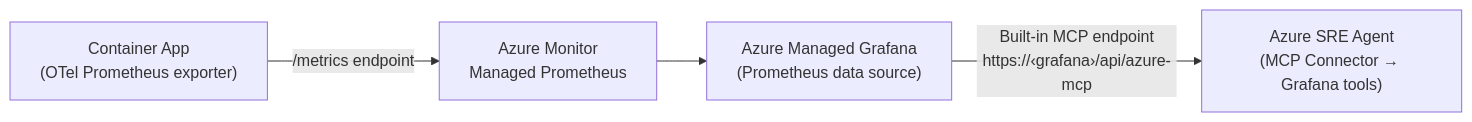
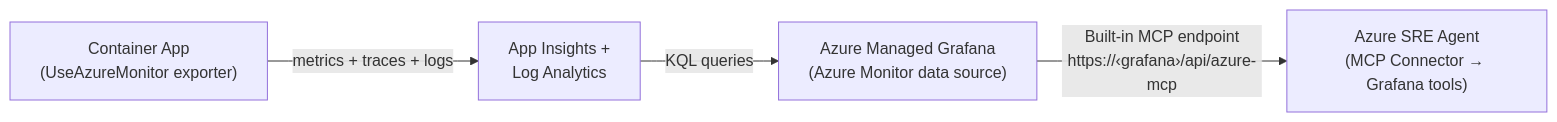
Before and after one commit to AlahmadiQ8/sre-agent-demo: the fourth of 4 diagrams in specs/01-spec.md, drawn with Mermaid. The commit also changed other lines of this file and 1 other file, not shown here.

First line of the commit message:
Update spec to reflect architectural changes from Task 15

````diff
--- a/specs/01-spec.md
+++ b/specs/01-spec.md
@@ -362,6 +362,6 @@
 ```mermaid
 graph LR
-    App["Container App<br/>(OTel Prometheus exporter)"] -->|"/metrics endpoint"| Prom["Azure Monitor<br/>Managed Prometheus"]
-    Prom --> Grafana["Azure Managed Grafana<br/>(Prometheus data source)"]
+    App["Container App<br/>(UseAzureMonitor exporter)"] -->|"metrics + traces + logs"| AI["App Insights +<br/>Log Analytics"]
+    AI -->|"KQL queries"| Grafana["Azure Managed Grafana<br/>(Azure Monitor data source)"]
     Grafana -->|"Built-in MCP endpoint<br/>https://‹grafana›/api/azure-mcp"| SRE["Azure SRE Agent<br/>(MCP Connector → Grafana tools)"]
 ```
````
